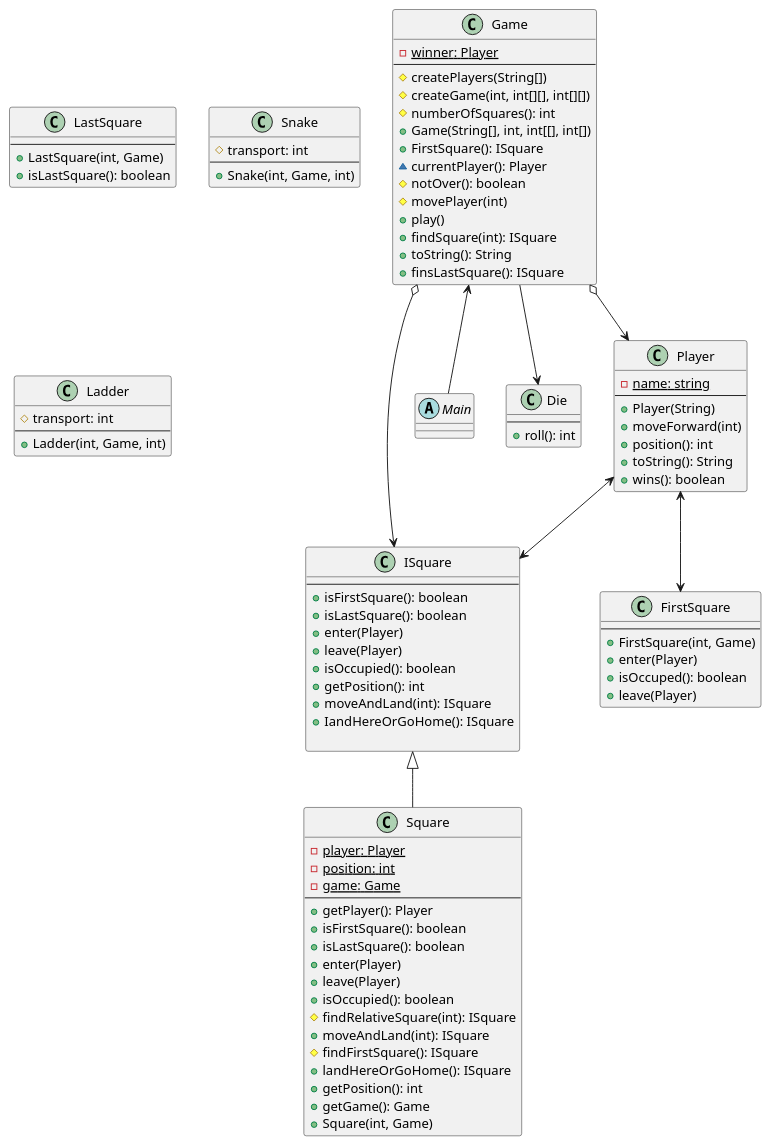
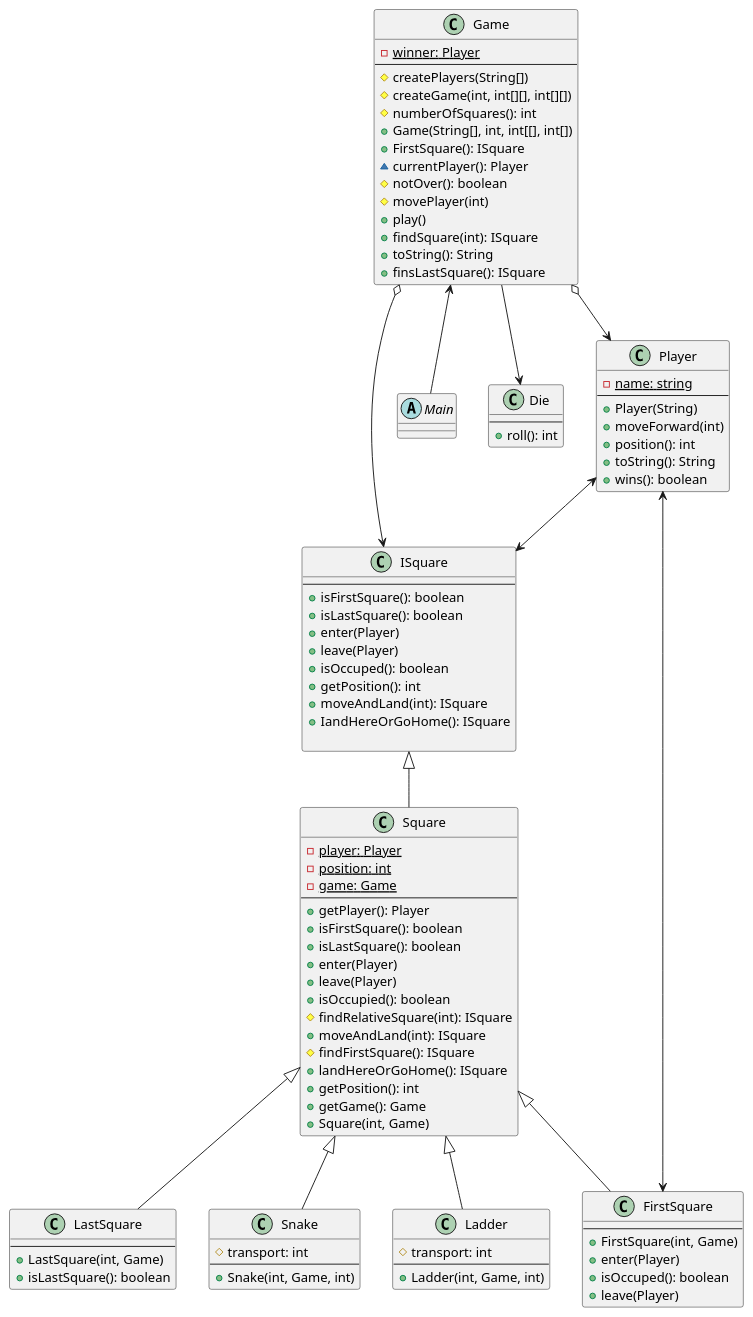
Before and after one commit to 2015robot/Software_Design: the diagram in SnakesAndLaddersV2/src/UMLDiagram.puml, drawn with PlantUML.

Commit message:
UMLdiagramv2

```diff
--- a/SnakesAndLaddersV2/src/UMLDiagram.puml
+++ b/SnakesAndLaddersV2/src/UMLDiagram.puml
@@ -1,113 +1,117 @@
 @startuml
 abstract class ISquare
 abstract class Square
 abstract class Game
 abstract class Main
 abstract class Die
 abstract class Player
 abstract class LastSquare
 abstract class Snake
 abstract class Ladder
 abstract class FirstSquare
 
 ISquare <|-- Square
 Game o--> ISquare
 Game <-- Main
 Game --> Die
 Game o--> Player
 Player <--> FirstSquare
 Player <--> ISquare
+Square <|-- FirstSquare
+Square <|-- Ladder
+Square <|-- Snake
+Square <|-- LastSquare
 
 class ISquare {
 --
 + isFirstSquare(): boolean
 + isLastSquare(): boolean
 + enter(Player)
 + leave(Player)
-+ isOccupied(): boolean
++ isOccuped(): boolean
 + getPosition(): int
 + moveAndLand(int): ISquare
 + IandHereOrGoHome(): ISquare
 
 }
 
 class Square {
 - {static} player: Player
 - {static} position: int
 - {static} game: Game
 --
 + getPlayer(): Player
 + isFirstSquare(): boolean
 + isLastSquare(): boolean
 + enter(Player)
 + leave(Player)
 + isOccupied(): boolean
 # findRelativeSquare(int): ISquare
 + moveAndLand(int): ISquare
 #findFirstSquare(): ISquare
 + landHereOrGoHome(): ISquare
 + getPosition(): int
 + getGame(): Game
 + Square(int, Game)
 }
 
 class Die{
 --
 + roll(): int
 }
 
 class Game{
 - {static} winner: Player
 --
 # createPlayers(String[])
 # createGame(int, int[][], int[][])
 # numberOfSquares(): int
 + Game(String[], int, int[[], int[])
 + FirstSquare(): ISquare
 ~ currentPlayer(): Player
 # notOver(): boolean
 # movePlayer(int)
 + play()
 + findSquare(int): ISquare
 + toString(): String
 + finsLastSquare(): ISquare
 }
 
 class Player{
 - {static} name: string
 --
 + Player(String)
 + moveForward(int)
 + position(): int
 + toString(): String
 + wins(): boolean
 }
 
 class FirstSquare{
 --
 + FirstSquare(int, Game)
 + enter(Player)
 + isOccuped(): boolean
 + leave(Player)
 }
 
 class Ladder{
 # transport: int
 --
 + Ladder(int, Game, int)
 }
 
 class Snake{
 # transport: int
 --
 + Snake(int, Game, int)
 }
 
 class LastSquare{
 --
 + LastSquare(int, Game)
 + isLastSquare(): boolean
 }
 
 
 @enduml
```
